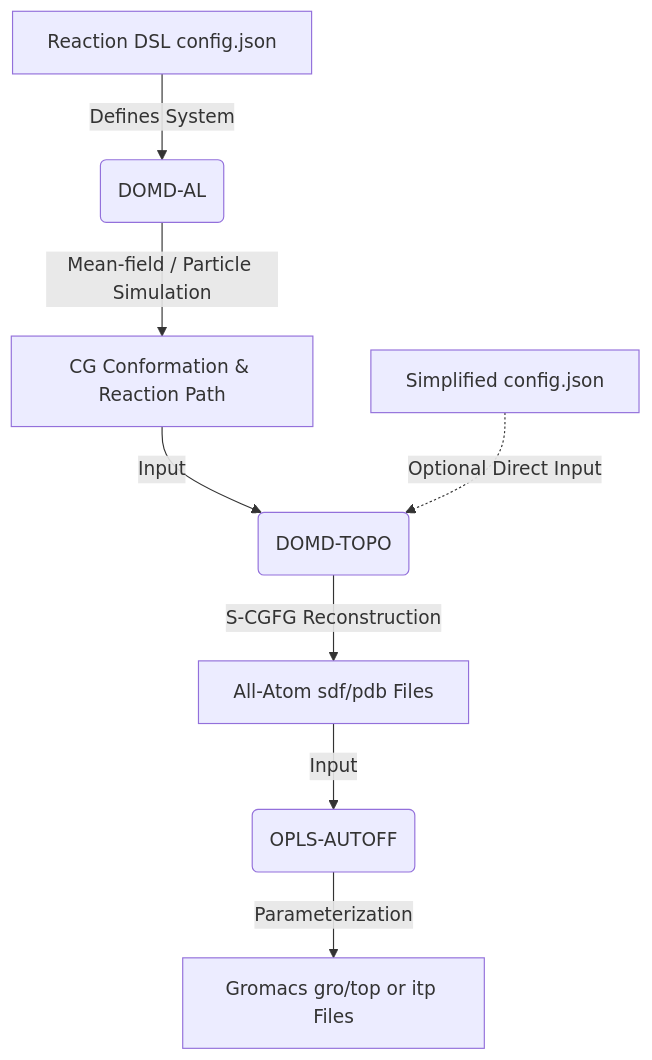
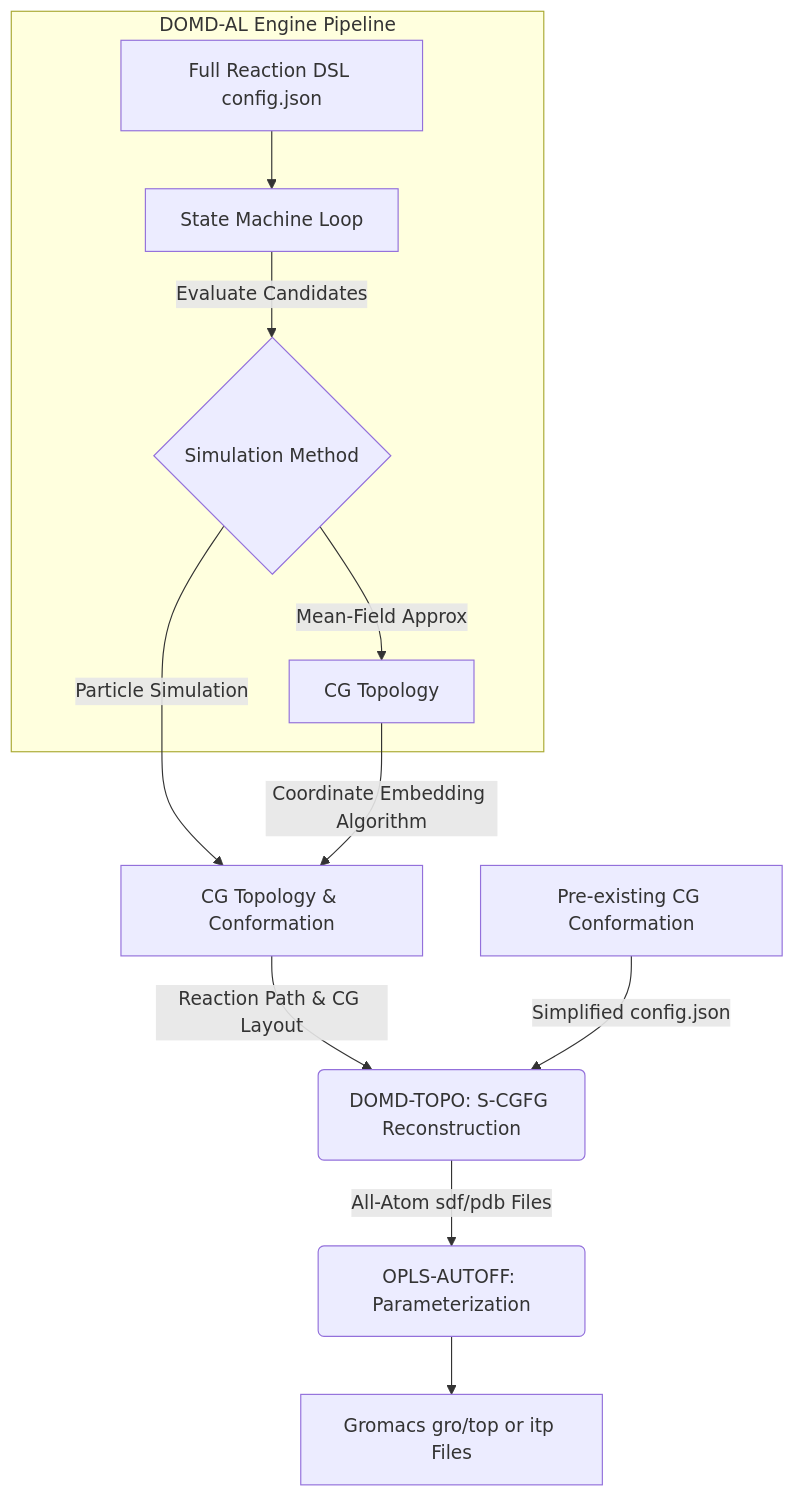
Before and after one commit to DoMD-toolkit/Docs: the diagram in README.md, drawn with Mermaid. The commit also changed other lines of this file, not shown here.

````diff
--- a/README.md
+++ b/README.md
@@ -27,14 +31,25 @@
 ```mermaid
 flowchart TD
-    A[Reaction DSL config.json] -->|Defines System| B(DOMD-AL)
-    B -->|Mean-field / Particle Simulation| C[CG Conformation & Reaction Path]
+    A[Full Reaction DSL config.json] --> B[State Machine Loop]
+    B --> |Evaluate Candidates| C{Simulation Method}
     
-    C -->|Input| D(DOMD-TOPO)
-    A_Simp[Simplified config.json] -.->|Optional Direct Input| D
+    C -->|Particle Simulation| D[CG Topology & Conformation]
+    C -->|Mean-Field Approx| E[CG Topology]
     
-    D -->|S-CGFG Reconstruction| E[All-Atom sdf/pdb Files]
+    E --> |Coordinate Embedding Algorithm| D
     
-    E -->|Input| F(OPLS-AUTOFF)
-    F -->|Parameterization| G[Gromacs gro/top or itp Files]
+    D --> |Reaction Path & CG Layout| F(DOMD-TOPO: S-CGFG Reconstruction)
+    
+    H[Pre-existing CG Conformation] --> |Simplified config.json| F
+    
+    F --> |All-Atom sdf/pdb Files| G(OPLS-AUTOFF: Parameterization)
+    G --> I[Gromacs gro/top or itp Files]
+    
+    subgraph DOMD-AL [DOMD-AL Engine Pipeline]
+        A
+        B
+        C
+        E
+    end
 
 ```
````
